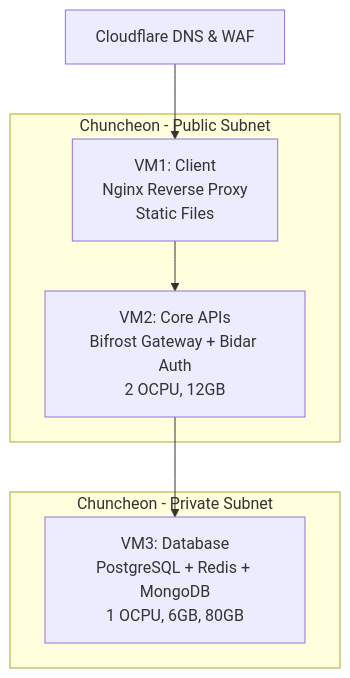
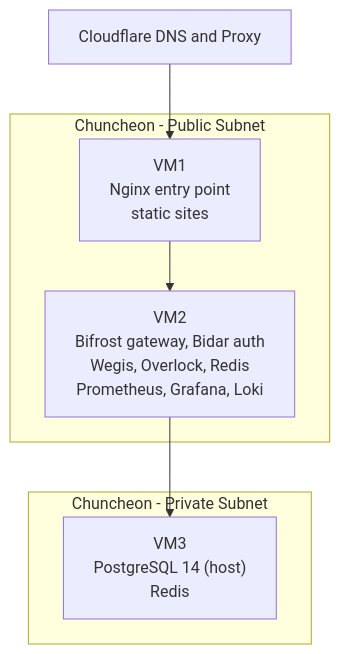
Before and after one commit to BNGdrasil/.github: the diagram in profile/README.md, drawn with Mermaid. The commit also changed other lines of this file, not shown here.

````diff
--- a/profile/README.md
+++ b/profile/README.md
@@ -76,15 +72,17 @@
 ```mermaid
 graph TB
-    subgraph "Chuncheon - Public Subnet"
-        VM1[VM1: Client<br/>Nginx Reverse Proxy<br/>Static Files]
-        VM2[VM2: Core APIs<br/>Bifrost Gateway + Bidar Auth<br/>2 OCPU, 12GB]
+    CF[Cloudflare DNS and Proxy]
+
+    subgraph Public["Chuncheon - Public Subnet"]
+        VM1["VM1<br/>Nginx entry point<br/>static sites"]
+        VM2["VM2<br/>Bifrost gateway, Bidar auth<br/>Wegis, Overlock, Redis<br/>Prometheus, Grafana, Loki"]
     end
-    
-    subgraph "Chuncheon - Private Subnet"
-        VM3[VM3: Database<br/>PostgreSQL + Redis + MongoDB<br/>1 OCPU, 6GB, 80GB]
+
+    subgraph Private["Chuncheon - Private Subnet"]
+        VM3["VM3<br/>PostgreSQL 14 (host)<br/>Redis"]
     end
-    
-    Cloudflare[Cloudflare DNS & WAF] --> VM1
+
+    CF --> VM1
     VM1 --> VM2
     VM2 --> VM3
 ```
````
